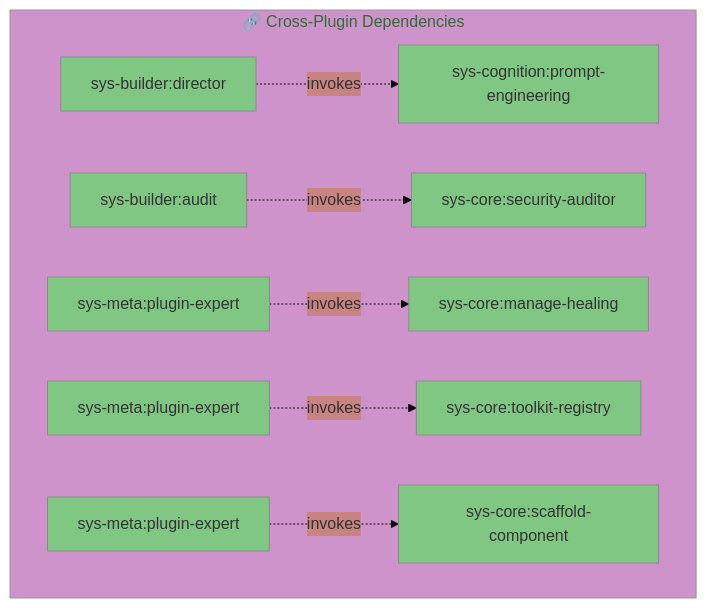
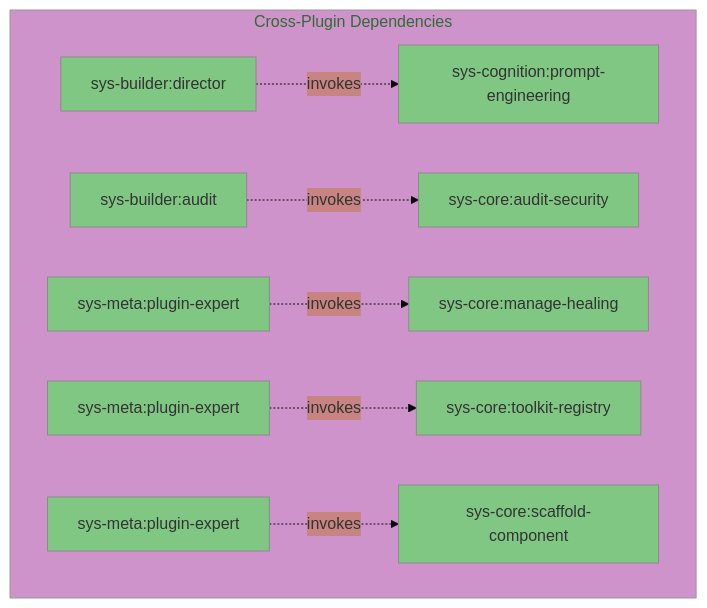
Before and after one commit to Git-Fg/thecattoolkit: the third of 3 diagrams in graphs/ANALYSIS.md, drawn with Mermaid. The commit also changed other lines of this file and 53 other files, not shown here.

````diff
--- a/graphs/ANALYSIS.md
+++ b/graphs/ANALYSIS.md
@@ -120,16 +135,16 @@
 ```mermaid
 %%{init: {"theme": "base", "themeVariables": {"primaryColor": "#81c784"}}}%%
 graph TB
-    subgraph DEPENDENCIES ["🔗 Cross-Plugin Dependencies"]
+    subgraph DEPENDENCIES ["Cross-Plugin Dependencies"]
         DEP1["sys-builder:director"]
             -.->|invokes| DEP1_T["sys-cognition:prompt-engineering"]
         DEP2["sys-builder:audit"]
-            -.->|invokes| DEP2_T["sys-core:security-auditor"]
+            -.->|invokes| DEP2_T["sys-core:audit-security"]
         DEP3["sys-meta:plugin-expert"]
             -.->|invokes| DEP3_T["sys-core:manage-healing"]
         DEP4["sys-meta:plugin-expert"]
             -.->|invokes| DEP4_T["sys-core:toolkit-registry"]
         DEP5["sys-meta:plugin-expert"]
             -.->|invokes| DEP5_T["sys-core:scaffold-component"]
     end
 ```
````
